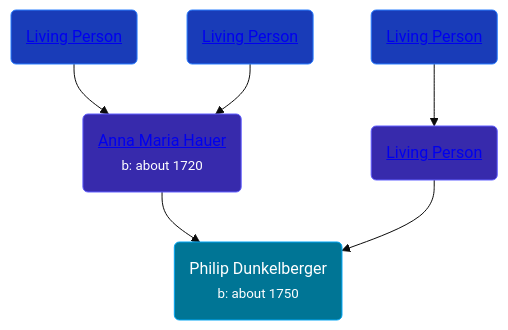
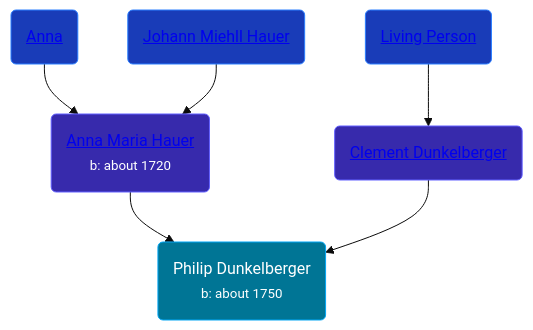
One commit to wpmgotkh/wpmgotkh.github.io changed the diagram in pages/people/6/68247643.md. Above: the diagram before and after it, drawn with Mermaid (base theme). The commit also changed other lines of this file and 586 other files, not shown here.

Commit message:
feat: better shouldConsiderPersonLiving algo

````diff
--- a/pages/people/6/68247643.md
+++ b/pages/people/6/68247643.md
@@ -10,12 +10,12 @@
 ```mermaid
 graph
 classDef grands fill:#193cb8,stroke:#2b7fff,stroke-width:1px,color:#fff;
 classDef parents fill:#372aac,stroke:#615fff,stroke-width:1px,color:#fff;
 classDef primary fill:#007595,stroke:#00a6f4,stroke-width:1px,color:#fff;
 68247643(Philip Dunkelberger<br /><small>b: about 1750</small>):::primary
 22963774(<a class="text-white" href="/people/2/22963774">Anna Maria Hauer</a><br /><small>b: about 1720</small>):::parents-->68247643
-46044031(<a class="text-white" href="/people/4/46044031">Living Person</a>):::grands-->22963774
-22920858(<a class="text-white" href="/people/2/22920858">Living Person</a>):::grands-->22963774
-13545057(<a class="text-white" href="/people/1/13545057">Living Person</a>):::parents-->68247643
+46044031(<a class="text-white" href="/people/4/46044031">Anna </a>):::grands-->22963774
+22920858(<a class="text-white" href="/people/2/22920858">Johann Miehll Hauer</a>):::grands-->22963774
+13545057(<a class="text-white" href="/people/1/13545057">Clement Dunkelberger</a>):::parents-->68247643
 18284468(<a class="text-white" href="/people/1/18284468">Living Person</a>):::grands-->13545057
 ```
````
